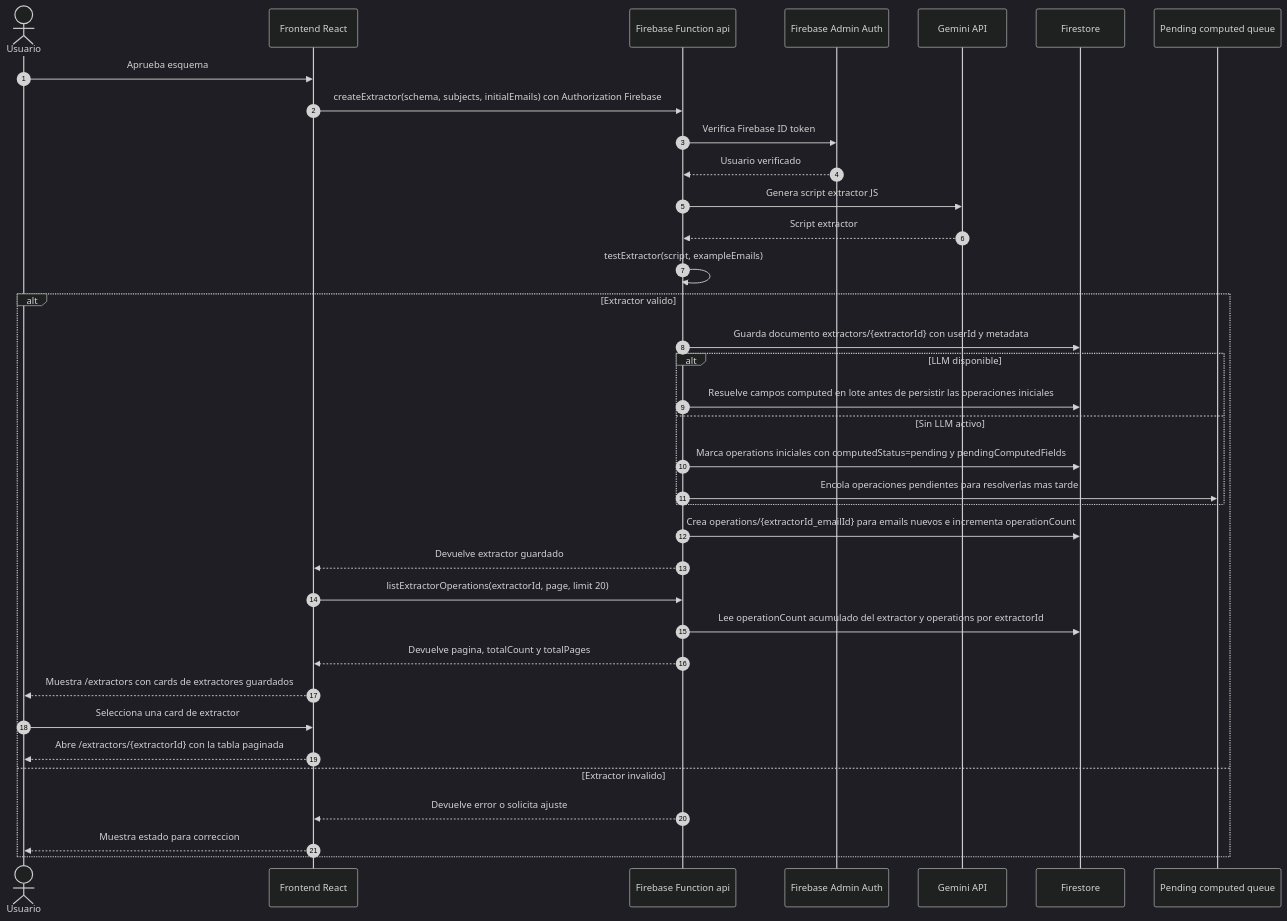
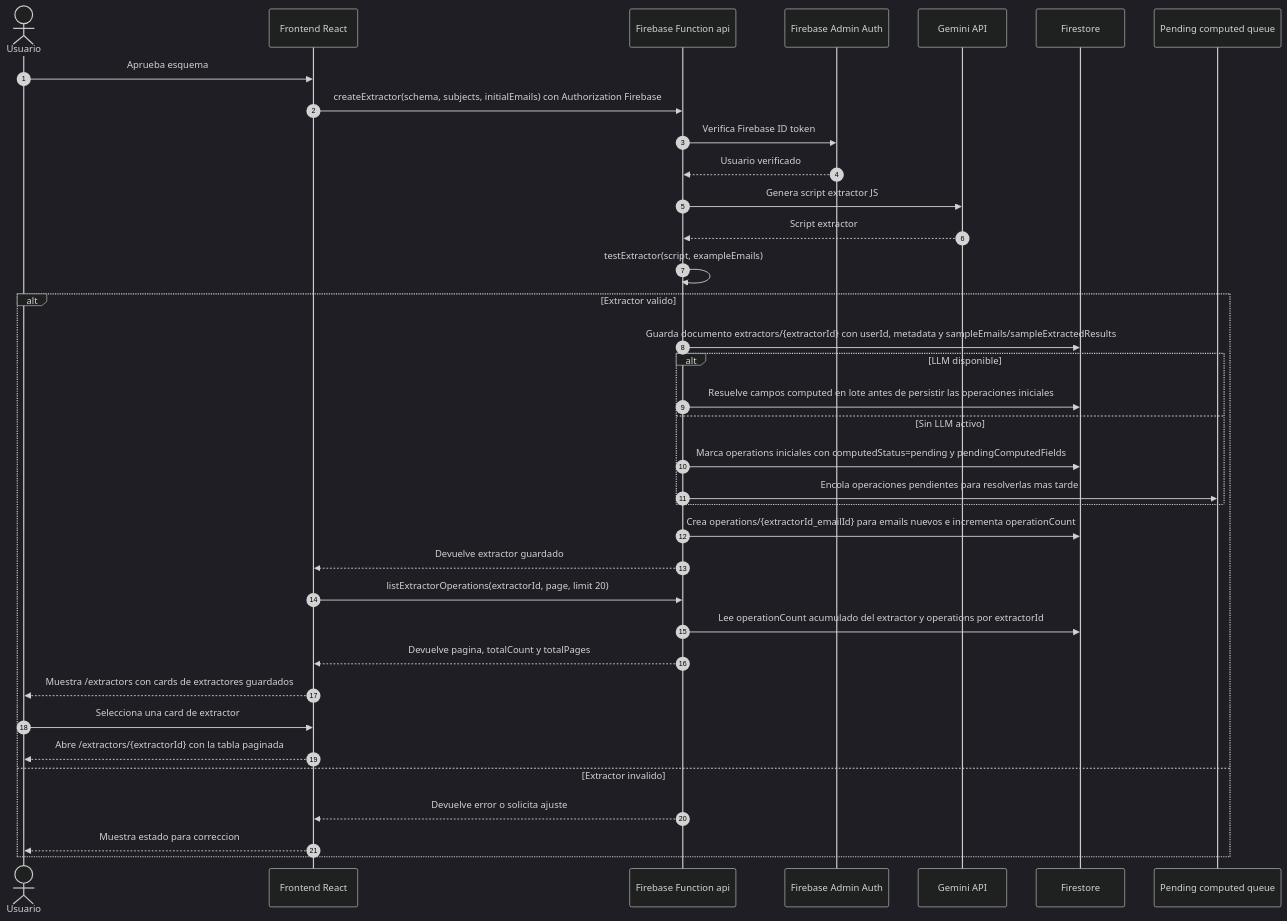
One commit to mijahilbarra/organizr changed the fifth of 10 diagrams in sequence-diagram.md. Above: the diagram before and after it, drawn with Mermaid (dark theme). The commit also changed other lines of this file and 26 other files, not shown here.

Commit message:
Fix extractor schema edit agent workflow

````diff
--- a/sequence-diagram.md
+++ b/sequence-diagram.md
@@ -151,40 +151,40 @@
 ```mermaid
 sequenceDiagram
   autonumber
   actor User as Usuario
   participant Frontend as Frontend React
   participant Function as Firebase Function api
   participant FirebaseAuth as Firebase Admin Auth
   participant Gemini as Gemini API
   participant Firestore as Firestore
   participant Pending as Pending computed queue
 
   User->>Frontend: Aprueba esquema
   Frontend->>Function: createExtractor(schema, subjects, initialEmails) con Authorization Firebase
   Function->>FirebaseAuth: Verifica Firebase ID token
   FirebaseAuth-->>Function: Usuario verificado
   Function->>Gemini: Genera script extractor JS
   Gemini-->>Function: Script extractor
   Function->>Function: testExtractor(script, exampleEmails)
 
   alt Extractor valido
-    Function->>Firestore: Guarda documento extractors/{extractorId} con userId y metadata
+    Function->>Firestore: Guarda documento extractors/{extractorId} con userId, metadata y sampleEmails/sampleExtractedResults
     alt LLM disponible
       Function->>Firestore: Resuelve campos computed en lote antes de persistir las operaciones iniciales
     else Sin LLM activo
       Function->>Firestore: Marca operations iniciales con computedStatus=pending y pendingComputedFields
       Function->>Pending: Encola operaciones pendientes para resolverlas mas tarde
     end
     Function->>Firestore: Crea operations/{extractorId_emailId} para emails nuevos e incrementa operationCount
     Function-->>Frontend: Devuelve extractor guardado
     Frontend->>Function: listExtractorOperations(extractorId, page, limit 20)
     Function->>Firestore: Lee operationCount acumulado del extractor y operations por extractorId
     Function-->>Frontend: Devuelve pagina, totalCount y totalPages
     Frontend-->>User: Muestra /extractors con cards de extractores guardados
     User->>Frontend: Selecciona una card de extractor
     Frontend-->>User: Abre /extractors/{extractorId} con la tabla paginada
   else Extractor invalido
     Function-->>Frontend: Devuelve error o solicita ajuste
     Frontend-->>User: Muestra estado para correccion
   end
 ```
````
